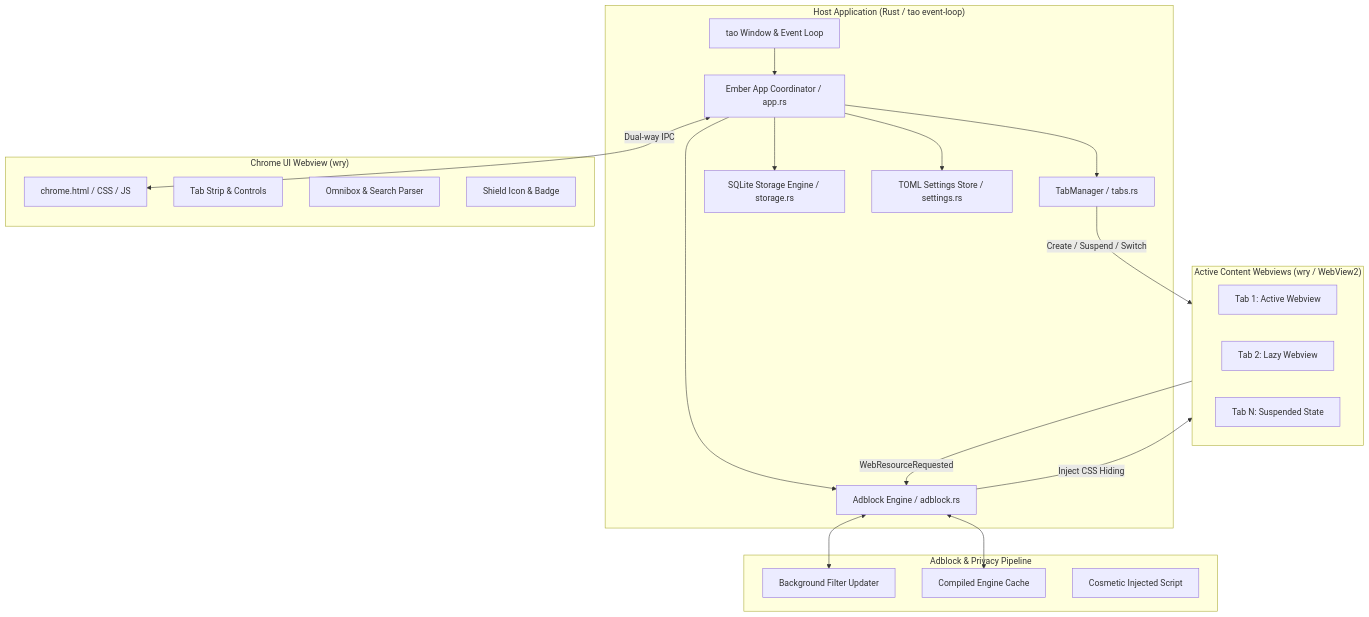
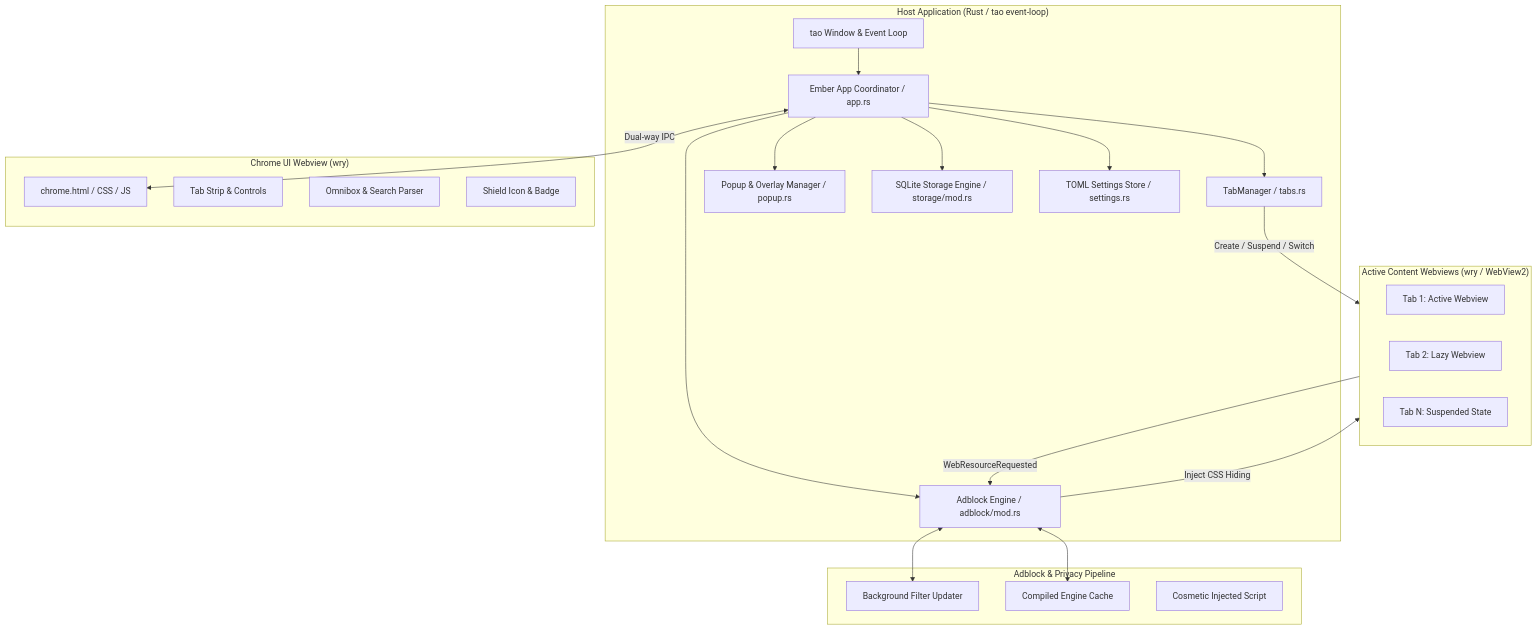
The diagram in README.md (Ahmedtamer-1/ember), drawn with Mermaid before and after one commit. The commit also changed other lines of this file and 10 other files, not shown here.

````diff
--- a/README.md
+++ b/README.md
@@ -92,43 +94,45 @@
 ```mermaid
 flowchart TD
     subgraph Host["Host Application (Rust / tao event-loop)"]
         Tao[tao Window & Event Loop]
         AppCore[Ember App Coordinator / app.rs]
         TabMgr[TabManager / tabs.rs]
-        Storage[SQLite Storage Engine / storage.rs]
+        PopupMgr[Popup & Overlay Manager / popup.rs]
+        Storage[SQLite Storage Engine / storage/mod.rs]
         Settings[TOML Settings Store / settings.rs]
-        AdblockEngine[Adblock Engine / adblock.rs]
+        AdblockEngine[Adblock Engine / adblock/mod.rs]
     end
 
     subgraph UIWebview["Chrome UI Webview (wry)"]
         ChromeHTML[chrome.html / CSS / JS]
         TabStrip[Tab Strip & Controls]
         Omnibox[Omnibox & Search Parser]
         ShieldBadge[Shield Icon & Badge]
     end
 
     subgraph ContentTabs["Active Content Webviews (wry / WebView2)"]
         Tab1[Tab 1: Active Webview]
         Tab2[Tab 2: Lazy Webview]
         TabN[Tab N: Suspended State]
     end
 
     subgraph Interception["Adblock & Privacy Pipeline"]
         FilterUpdate[Background Filter Updater]
         SerializedCache[Compiled Engine Cache]
         CosmeticScript[Cosmetic Injected Script]
     end
 
     Tao --> AppCore
     AppCore <-->|Dual-way IPC| ChromeHTML
     AppCore --> TabMgr
+    AppCore --> PopupMgr
     TabMgr -->|Create / Suspend / Switch| ContentTabs
     AppCore --> Storage
     AppCore --> Settings
     AppCore --> AdblockEngine
 
     AdblockEngine <--> FilterUpdate
     AdblockEngine <--> SerializedCache
     AdblockEngine -->|Inject CSS Hiding| ContentTabs
     ContentTabs -->|WebResourceRequested| AdblockEngine
 ```
````
